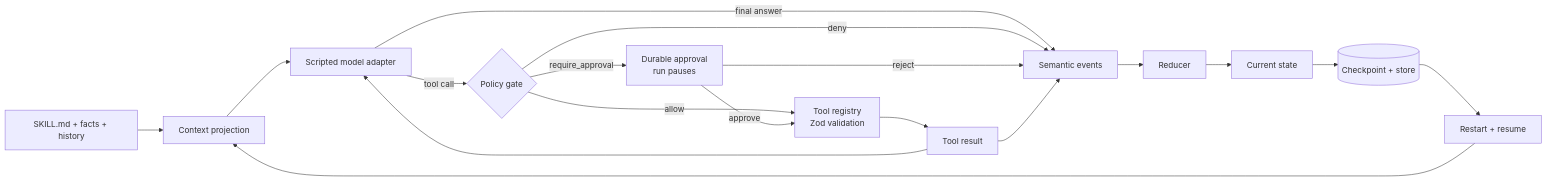
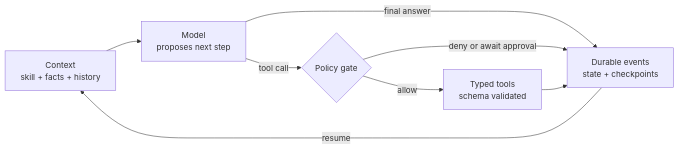
The diagram in README.md (ragmha/build-your-harness), drawn with Mermaid before and after one commit.

Commit message:
Simplify architecture diagram to a high-level overview
The previous mermaid flowchart enumerated every internal node, which
buried the point the section is making. Reduce it to the core loop:
context feeds the model, the model proposes a step, the harness gates
and runs it, and durable events feed back into context.

The detailed mechanics (reducer, checkpoint store, approval resolution,
Zod validation) are already covered by the surrounding prose and the
step lessons.

````diff
--- a/README.md
+++ b/README.md
@@ -96,25 +96,10 @@
 ```mermaid
 flowchart LR
-    skill["SKILL.md + facts + history"] --> ctx["Context projection"]
-    ctx --> model["Scripted model adapter"]
-
+    context["Context<br/>skill + facts + history"] --> model["Model<br/>proposes next step"]
+    model -- "tool call" --> gate{"Policy gate"}
     model -- "final answer" --> events
-    model -- "tool call" --> policy{"Policy gate"}
-
-    policy -- "allow" --> registry
-    policy -- "require_approval" --> approval["Durable approval<br/>run pauses"]
-    policy -- "deny" --> events
-
-    approval -- "approve" --> registry
-    approval -- "reject" --> events
-
-    registry["Tool registry<br/>Zod validation"] --> result["Tool result"]
-    result --> model
-    result --> events
-
-    events["Semantic events"] --> reducer["Reducer"]
-    reducer --> state["Current state"]
-    state --> store[("Checkpoint + store")]
-    store --> restart["Restart + resume"]
-    restart --> ctx
+    gate -- "allow" --> tools["Typed tools<br/>schema validated"]
+    gate -- "deny or await approval" --> events
+    tools --> events["Durable events<br/>state + checkpoints"]
+    events -- "resume" --> context
 ```
````
